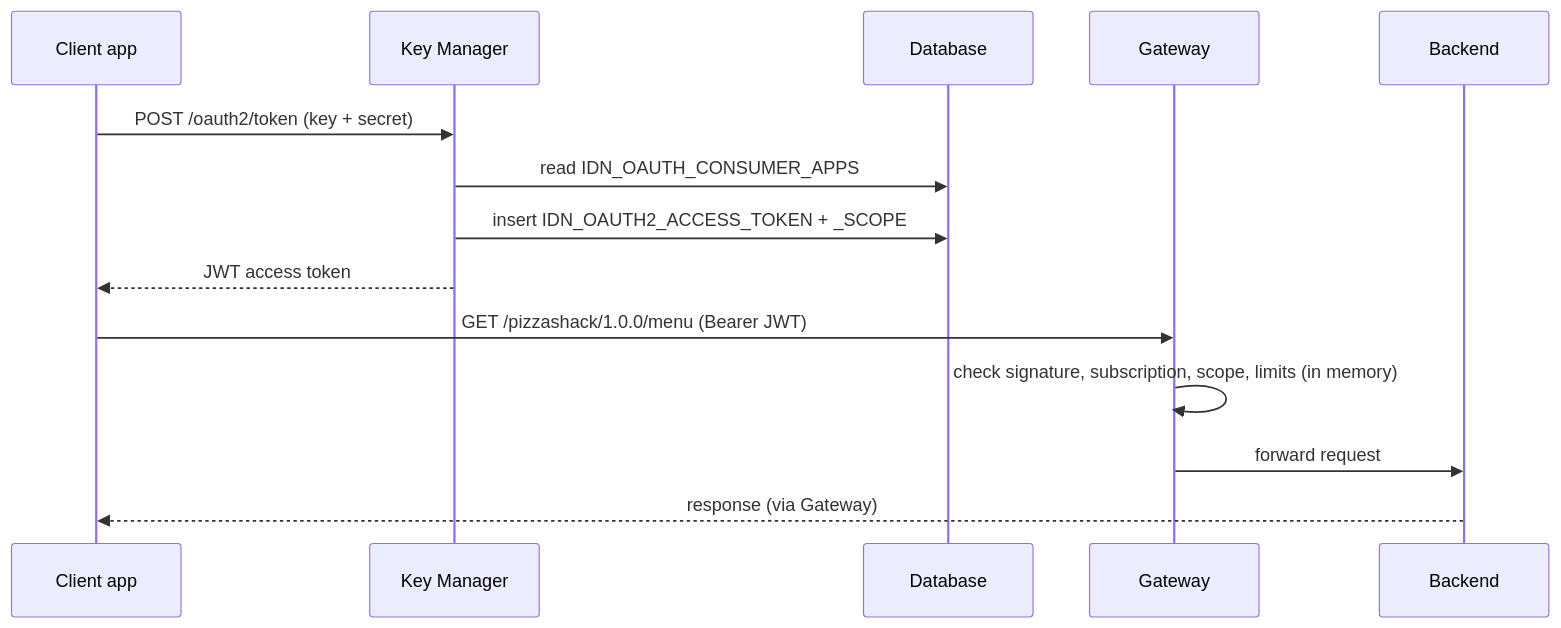
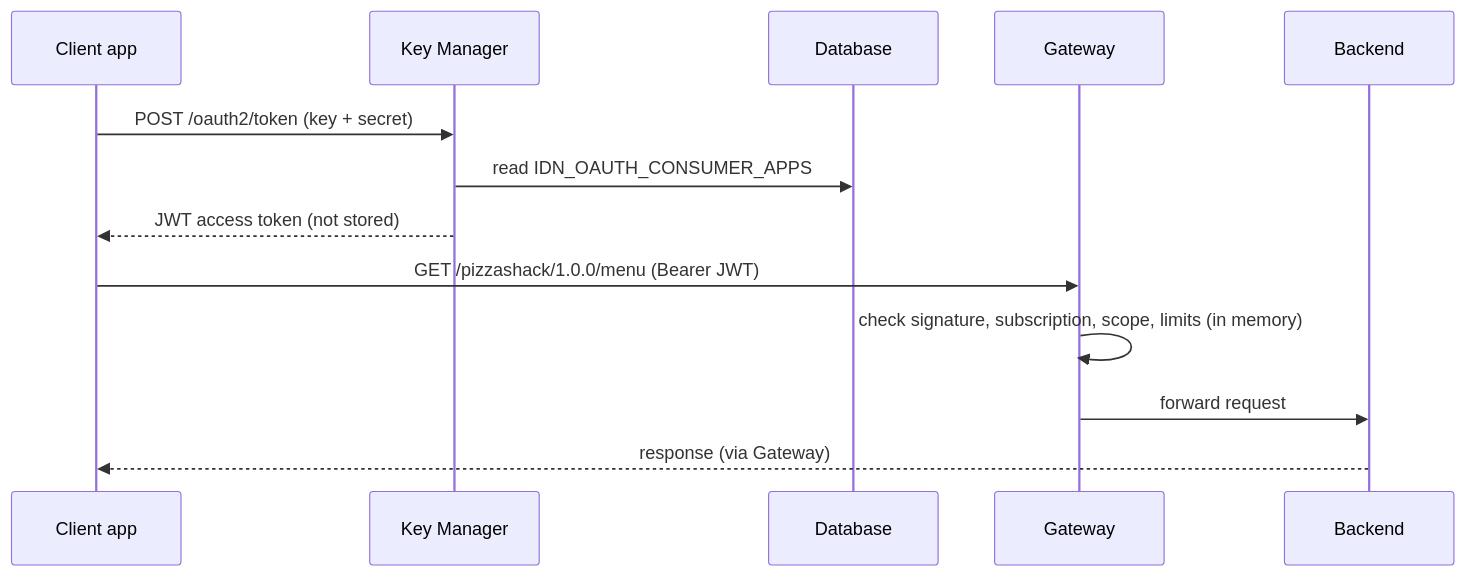
One commit to SaviNimz/apim-db-docs changed the diagram in docs/apim-4/flows/10-token-and-invoke.md. Above: the diagram before and after it, drawn with Mermaid. The commit also changed other lines of this file and 55 other files, not shown here.

First line of the commit message:
Verify all core flows against running 3.2.0 and 4.7.0 servers

````diff
--- a/docs/apim-4/flows/10-token-and-invoke.md
+++ b/docs/apim-4/flows/10-token-and-invoke.md
@@ -12,16 +19,15 @@
 ```mermaid
 sequenceDiagram
     participant App as Client app
     participant KM as Key Manager
     participant DB as Database
     participant GW as Gateway
     participant BE as Backend
     App->>KM: POST /oauth2/token (key + secret)
     KM->>DB: read IDN_OAUTH_CONSUMER_APPS
-    KM->>DB: insert IDN_OAUTH2_ACCESS_TOKEN + _SCOPE
-    KM-->>App: JWT access token
+    KM-->>App: JWT access token (not stored)
     App->>GW: GET /pizzashack/1.0.0/menu (Bearer JWT)
     GW->>GW: check signature, subscription, scope, limits (in memory)
     GW->>BE: forward request
     BE-->>App: response (via Gateway)
 ```
````
